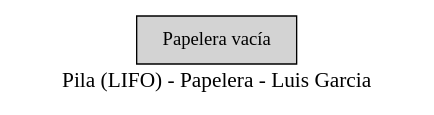
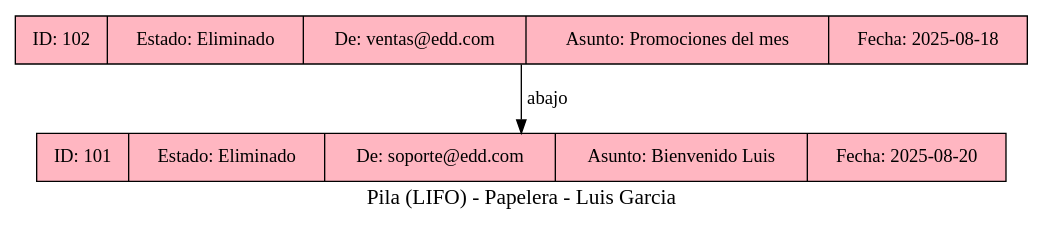
The diagram in Fase1/src/lgarcia-Reportes/papelera_lgarcia.dot (JoseArt777/-EDD-1S2025_202100305), drawn with Graphviz before and after one commit. The commit also changed 14 other files, not shown here.

```diff
--- a/Fase1/src/lgarcia-Reportes/papelera_lgarcia.dot
+++ b/Fase1/src/lgarcia-Reportes/papelera_lgarcia.dot
@@ -1,7 +1,10 @@
 digraph G {
     label="Pila (LIFO) - Papelera - Luis Garcia";
     fontsize=16;
     rankdir=TB;
     node [shape=record, style=filled];
-    empty [label="Papelera vacía", fillcolor=lightgray];
+    // PILA - El último agregado está arriba
+    correo_102 [label="ID: 102|Estado: Eliminado|De: ventas@edd.com|Asunto: Promociones del mes|Fecha: 2025-08-18", fillcolor=lightpink];
+    correo_102 -> correo_101 [label="abajo"];
+    correo_101 [label="ID: 101|Estado: Eliminado|De: soporte@edd.com|Asunto: Bienvenido Luis|Fecha: 2025-08-20", fillcolor=lightpink];
 }
```
